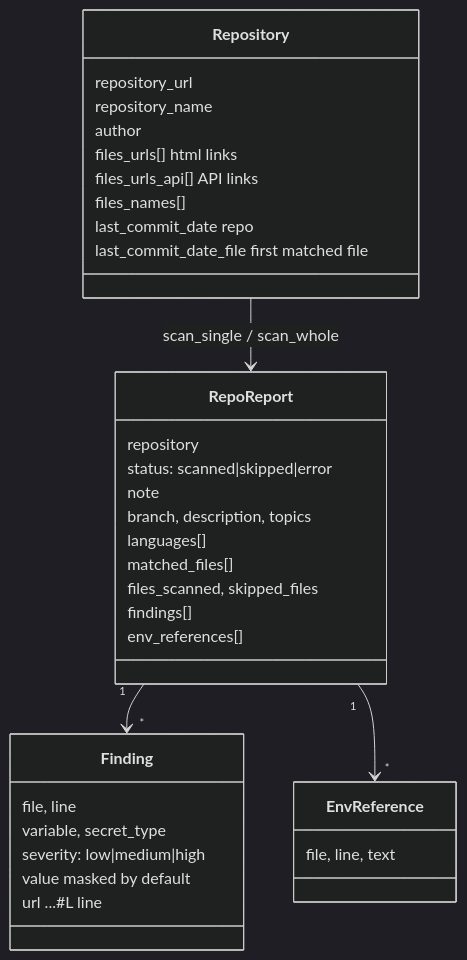
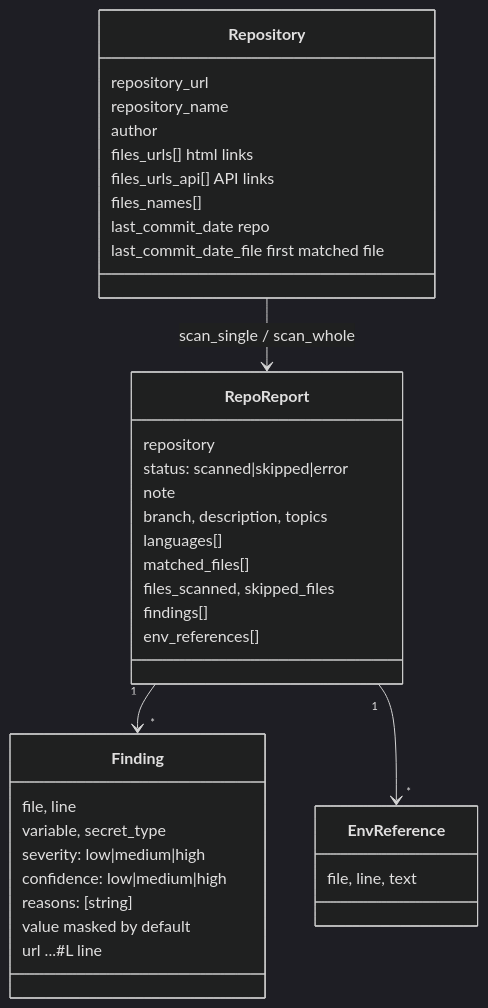
One commit to estebanramos/galgo changed the second of 3 diagrams in docs/ARCHITECTURE.md. Above: the diagram before and after it, drawn with Mermaid (dark theme). The commit also changed other lines of this file and 1 other file, not shown here.

Commit message:
Update README and architecture docs for confidence, links, matched files and rate-limit abort

````diff
--- a/docs/ARCHITECTURE.md
+++ b/docs/ARCHITECTURE.md
@@ -98,35 +98,37 @@
 ```mermaid
 classDiagram
     class Repository {
       repository_url
       repository_name
       author
       files_urls[]      html links
       files_urls_api[]  API links
       files_names[]
       last_commit_date       repo
       last_commit_date_file  first matched file
     }
     class RepoReport {
       repository
       status: scanned|skipped|error
       note
       branch, description, topics
       languages[]
       matched_files[]
       files_scanned, skipped_files
       findings[]
       env_references[]
     }
     class Finding {
       file, line
       variable, secret_type
       severity: low|medium|high
+      confidence: low|medium|high
+      reasons: [string]
       value  masked by default
       url    ...#L line
     }
     class EnvReference { file, line, text }
     Repository --> RepoReport : scan_single / scan_whole
     RepoReport "1" --> "*" Finding
     RepoReport "1" --> "*" EnvReference
 ```
````
